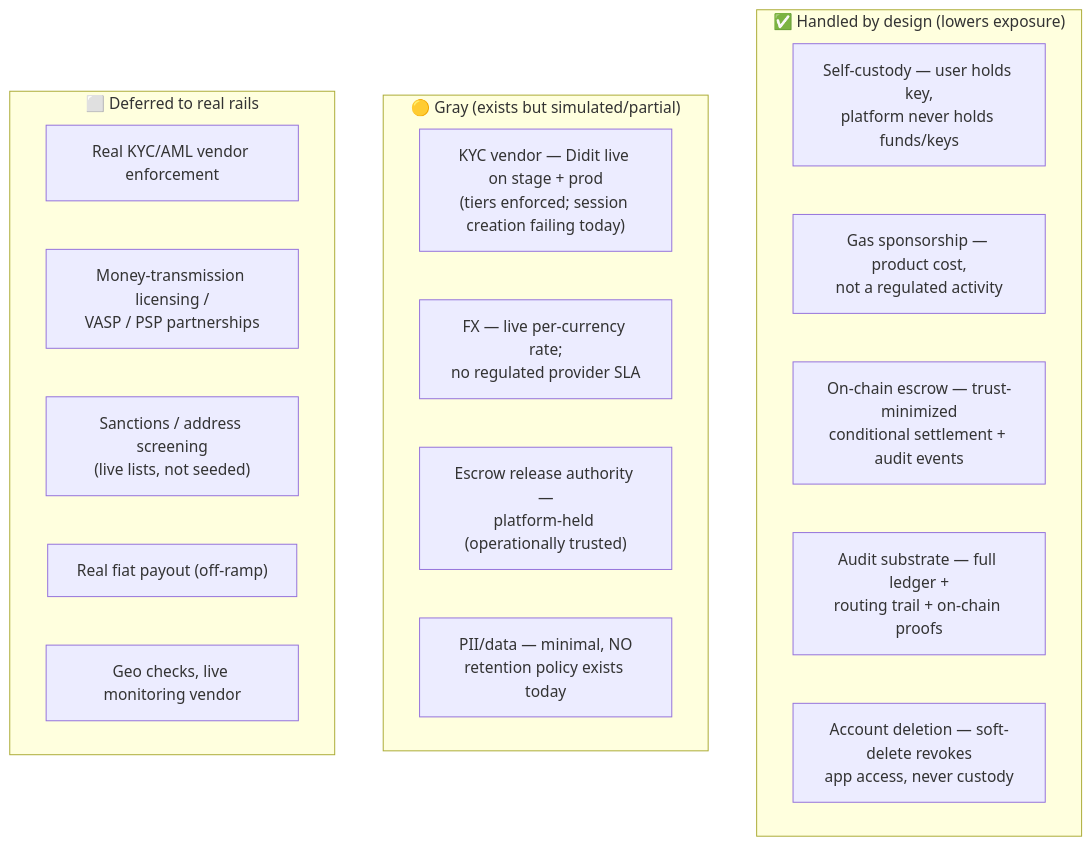
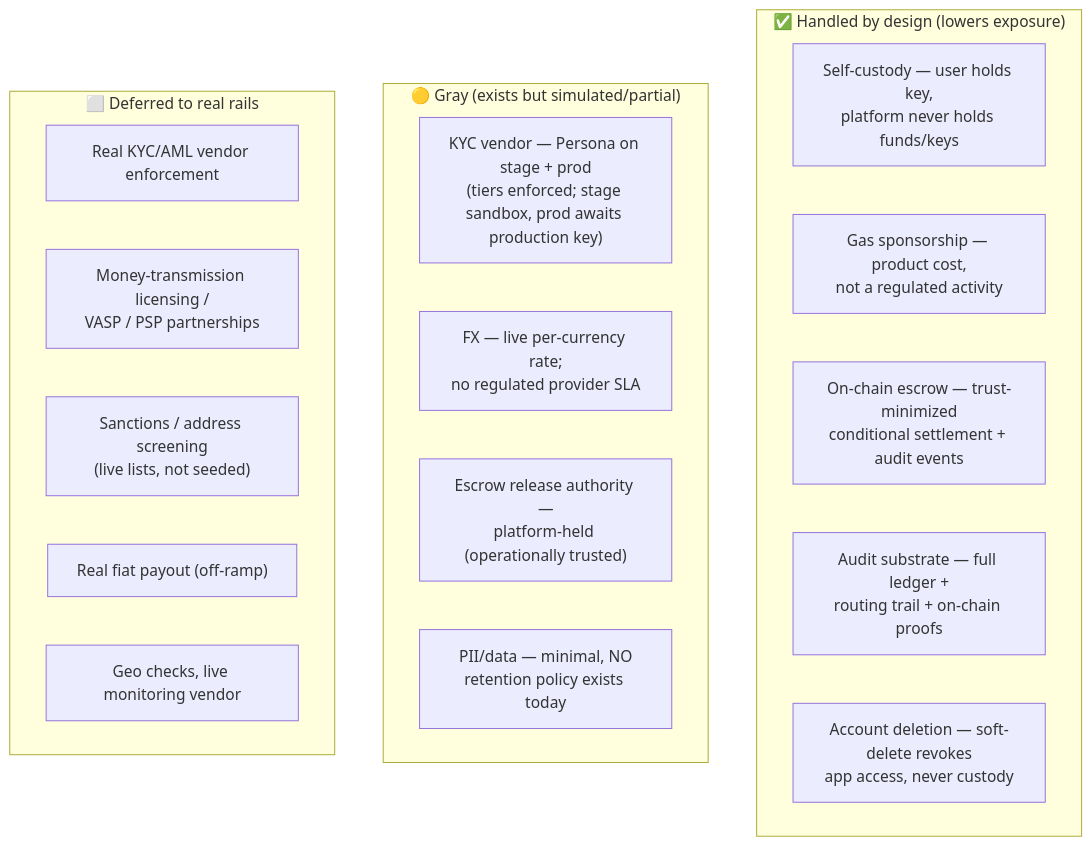
The diagram in monorepo/docs/08-compliance-and-legalities.md (unabrijed/frenspay), drawn with Mermaid before and after one commit. The commit also changed other lines of this file and 11 other files, not shown here.

First line of the commit message:
docs(kyc): the runbooks describe Persona, and what a sandbox key can and cannot do

````diff
--- a/monorepo/docs/08-compliance-and-legalities.md
+++ b/monorepo/docs/08-compliance-and-legalities.md
@@ -25,23 +25,23 @@
 ```mermaid
 flowchart TB
     subgraph green["✅ Handled by design (lowers exposure)"]
       C1["Self-custody — user holds key,<br/>platform never holds funds/keys"]
       C2["Gas sponsorship — product cost,<br/>not a regulated activity"]
       C3["On-chain escrow — trust-minimized<br/>conditional settlement + audit events"]
       C4["Audit substrate — full ledger +<br/>routing trail + on-chain proofs"]
       C5["Account deletion — soft-delete revokes<br/>app access, never custody"]
     end
     subgraph gray["🟡 Gray (exists but simulated/partial)"]
-      G1["KYC vendor — Didit live on stage + prod<br/>(tiers enforced; session creation failing today)"]
+      G1["KYC vendor — Persona on stage + prod<br/>(tiers enforced; stage sandbox, prod awaits production key)"]
       G2["FX — live per-currency rate;<br/>no regulated provider SLA"]
       G3["Escrow release authority —<br/>platform-held (operationally trusted)"]
       G4["PII/data — minimal, NO<br/>retention policy exists today"]
     end
     subgraph red["⬜ Deferred to real rails"]
       R1["Real KYC/AML vendor enforcement"]
       R2["Money-transmission licensing /<br/>VASP / PSP partnerships"]
       R3["Sanctions / address screening<br/>(live lists, not seeded)"]
       R4["Real fiat payout (off-ramp)"]
       R5["Geo checks, live monitoring vendor"]
     end
 ```
````
